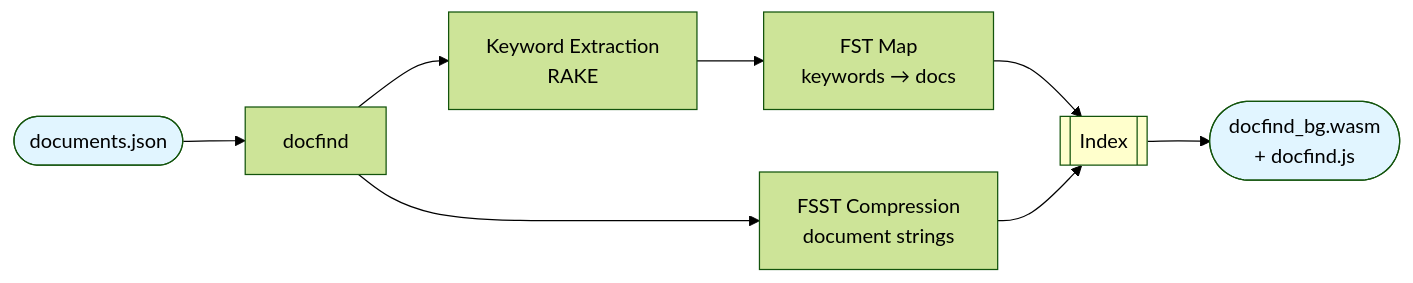
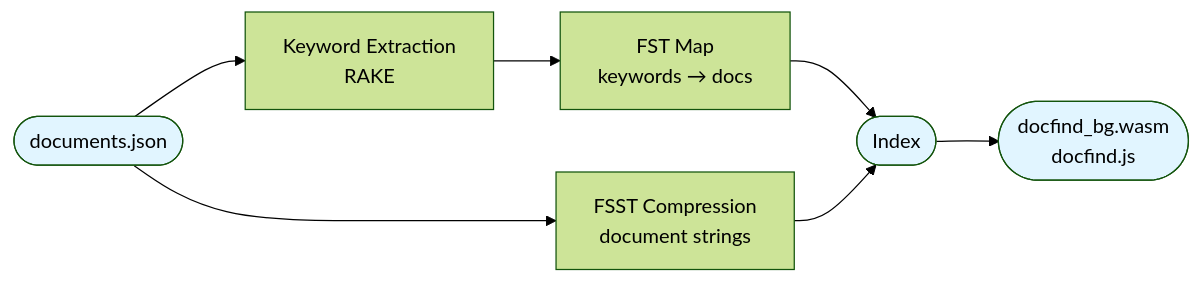
The diagram in blogs/2026/01/docfind.md (microsoft/vscode-docs), drawn with Mermaid (forest theme) before and after one commit. The commit also changed other lines of this file, not shown here.

````diff
--- a/blogs/2026/01/docfind.md
+++ b/blogs/2026/01/docfind.md
@@ -55,14 +59,13 @@
 ```mermaid
 flowchart LR
-    A([documents.json]) --> B[docfind]
-    B --> C[Keyword Extraction<br/>RAKE]
-    B --> E[FSST Compression<br/>document strings]
+    A([documents.json]) --> C[Keyword Extraction<br/>RAKE]
+    A --> E[FSST Compression<br/>document strings]
     C --> D[FST Map<br/>keywords → docs]
-    D --> F[[Index]]
-    E --> F
-    F --> G([docfind_bg.wasm<br/>+ docfind.js])
+    D --> I([Index])
+    E --> I
+    I --> G([docfind_bg.wasm<br/>docfind.js])
 
     style A fill:#e1f5ff
     style G fill:#e1f5ff
-    style F fill:#ffffcc
+    style I fill:#e1f5ff
 ```
````
